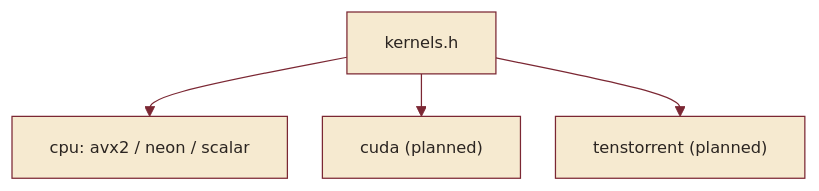
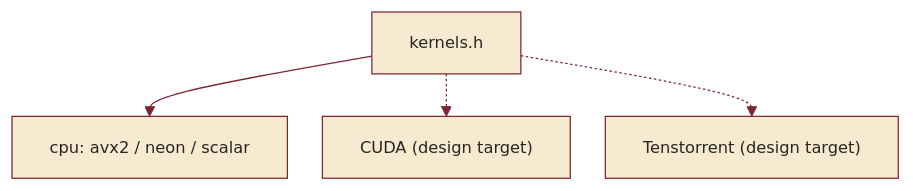
Before and after one commit to elprofesoriqo/FlowEdge: the diagram in docs/architecture/kernels.md, drawn with Mermaid. The commit also changed other lines of this file and 2 other files, not shown here.

````diff
--- a/docs/architecture/kernels.md
+++ b/docs/architecture/kernels.md
@@ -5,8 +5,8 @@
 ```{mermaid}
 %%{init: {'theme':'base','flowchart':{'htmlLabels':false,'nodeSpacing':28,'rankSpacing':34,'useMaxWidth':false},'themeVariables':{'primaryColor':'#f6ead0','primaryBorderColor':'#7b2733','lineColor':'#7b2733','primaryTextColor':'#2b2521','secondaryColor':'#eaddbf','tertiaryColor':'#faf3e2','fontFamily':'system-ui, -apple-system, Segoe UI, Roboto, sans-serif','fontSize':'13px'}}}%%
 graph TD
   I["kernels.h"]
   I --> CPU["cpu: avx2 / neon / scalar"]
-  I --> CU["cuda (planned)"]
-  I --> TT["tenstorrent (planned)"]
+  I -.-> CU["CUDA (design target)"]
+  I -.-> TT["Tenstorrent (design target)"]
 ```
````
